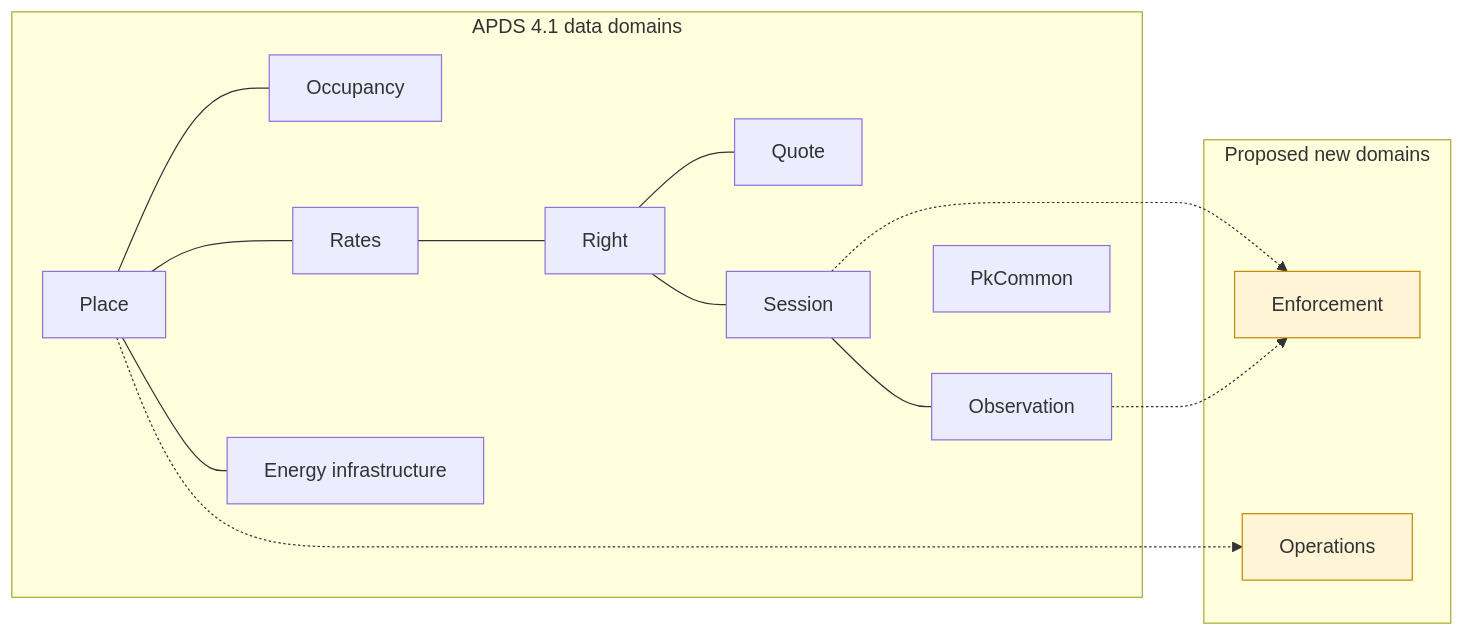
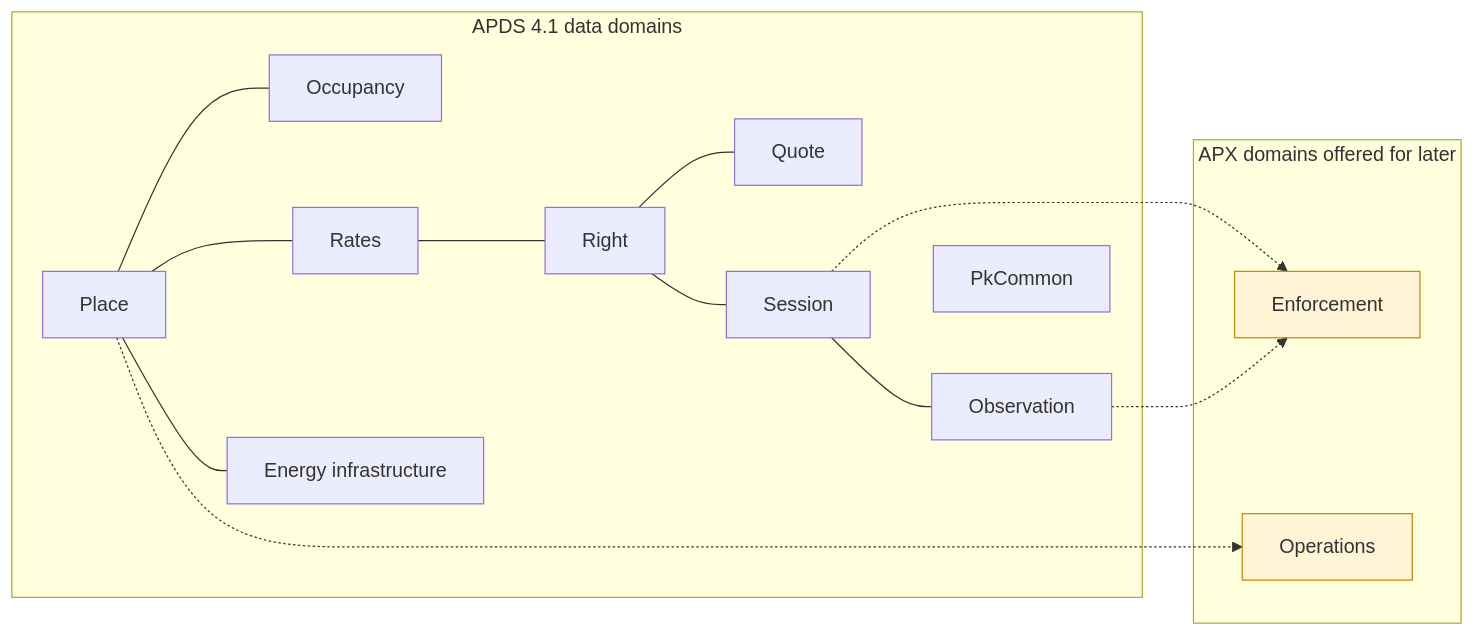
The diagram in docs/apds-submission/01-overview.md (rneubauer/apx), drawn with Mermaid before and after one commit. The commit also changed other lines of this file and 62 other files, not shown here.

````diff
--- a/docs/apds-submission/01-overview.md
+++ b/docs/apds-submission/01-overview.md
@@ -105,22 +198,22 @@
 ```mermaid
 flowchart LR
   subgraph APDS["APDS 4.1 data domains"]
     Place --- Occupancy
     Place --- Rates
     Rates --- Right
     Right --- Quote
     Right --- Session
     Session --- Observation
     Place --- Energy[Energy infrastructure]
     PkCommon
   end
-  subgraph New["Proposed new domains"]
+  subgraph New["APX domains offered for later"]
     Enforcement
     Operations
   end
   Session -.-> Enforcement
   Observation -.-> Enforcement
   Place -.-> Operations
   classDef added fill:#fff4d6,stroke:#c48a00;
   class Enforcement,Operations added;
 ```
````
